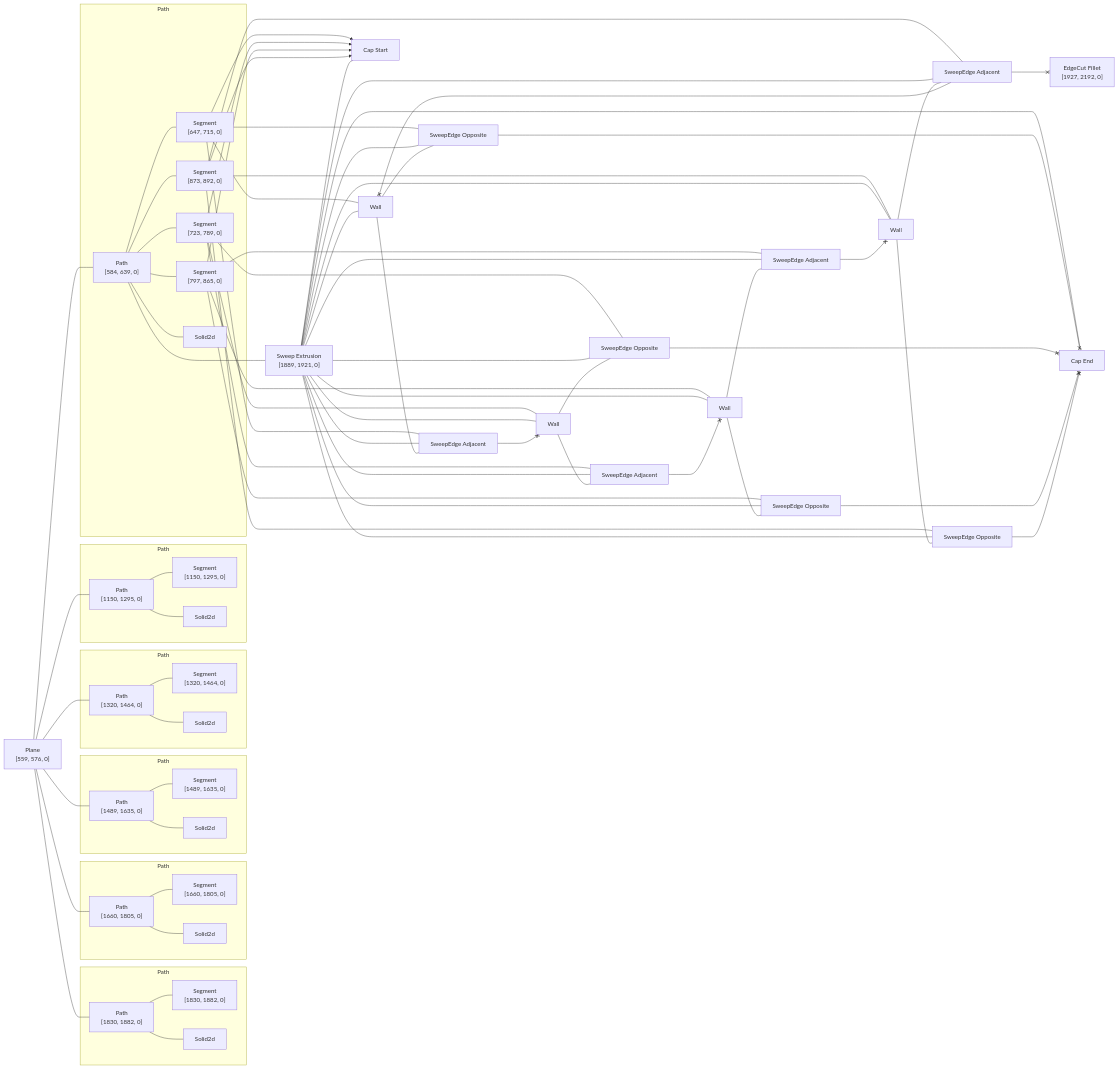
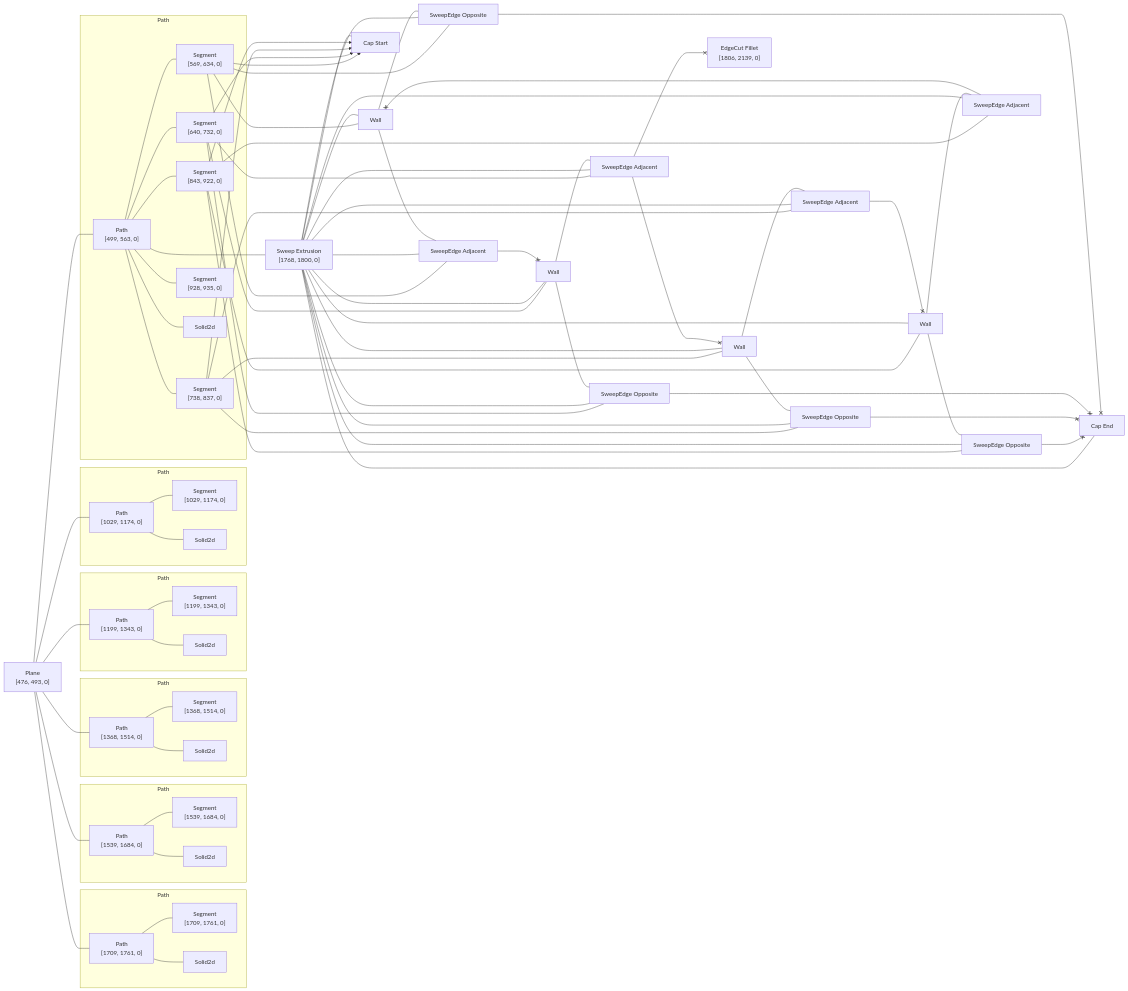
The diagram in rust/kcl-lib/tests/kcl_samples/mounting-plate/artifact_graph_flowchart.snap.md (KittyCAD/modeling-app), drawn with Mermaid before and after one commit. The commit also changed 14 other files, not shown here.

````diff
--- a/rust/kcl-lib/tests/kcl_samples/mounting-plate/artifact_graph_flowchart.snap.md
+++ b/rust/kcl-lib/tests/kcl_samples/mounting-plate/artifact_graph_flowchart.snap.md
@@ -1,78 +1,80 @@
 ```mermaid
 flowchart LR
   subgraph path2 [Path]
-    2["Path<br>[584, 639, 0]"]
-      %% [ProgramBodyItem { index: 5 }, VariableDeclarationDeclaration, VariableDeclarationInit, FunctionExpressionBody, FunctionExpressionBodyItem { index: 0 }, VariableDeclarationDeclaration, VariableDeclarationInit, PipeBodyItem { index: 1 }]
-    8["Segment<br>[647, 715, 0]"]
-      %% [ProgramBodyItem { index: 5 }, VariableDeclarationDeclaration, VariableDeclarationInit, FunctionExpressionBody, FunctionExpressionBodyItem { index: 0 }, VariableDeclarationDeclaration, VariableDeclarationInit, PipeBodyItem { index: 2 }]
-    9["Segment<br>[723, 789, 0]"]
-      %% [ProgramBodyItem { index: 5 }, VariableDeclarationDeclaration, VariableDeclarationInit, FunctionExpressionBody, FunctionExpressionBodyItem { index: 0 }, VariableDeclarationDeclaration, VariableDeclarationInit, PipeBodyItem { index: 3 }]
-    10["Segment<br>[797, 865, 0]"]
-      %% [ProgramBodyItem { index: 5 }, VariableDeclarationDeclaration, VariableDeclarationInit, FunctionExpressionBody, FunctionExpressionBodyItem { index: 0 }, VariableDeclarationDeclaration, VariableDeclarationInit, PipeBodyItem { index: 4 }]
-    11["Segment<br>[873, 892, 0]"]
-      %% [ProgramBodyItem { index: 5 }, VariableDeclarationDeclaration, VariableDeclarationInit, FunctionExpressionBody, FunctionExpressionBodyItem { index: 0 }, VariableDeclarationDeclaration, VariableDeclarationInit, PipeBodyItem { index: 5 }]
+    2["Path<br>[499, 563, 0]"]
+      %% [ProgramBodyItem { index: 8 }, VariableDeclarationDeclaration, VariableDeclarationInit, PipeBodyItem { index: 0 }]
+    8["Segment<br>[569, 634, 0]"]
+      %% [ProgramBodyItem { index: 8 }, VariableDeclarationDeclaration, VariableDeclarationInit, PipeBodyItem { index: 1 }]
+    9["Segment<br>[640, 732, 0]"]
+      %% [ProgramBodyItem { index: 8 }, VariableDeclarationDeclaration, VariableDeclarationInit, PipeBodyItem { index: 2 }]
+    10["Segment<br>[738, 837, 0]"]
+      %% [ProgramBodyItem { index: 8 }, VariableDeclarationDeclaration, VariableDeclarationInit, PipeBodyItem { index: 3 }]
+    11["Segment<br>[843, 922, 0]"]
+      %% [ProgramBodyItem { index: 8 }, VariableDeclarationDeclaration, VariableDeclarationInit, PipeBodyItem { index: 4 }]
+    12["Segment<br>[928, 935, 0]"]
+      %% [ProgramBodyItem { index: 8 }, VariableDeclarationDeclaration, VariableDeclarationInit, PipeBodyItem { index: 5 }]
+    19[Solid2d]
+  end
+  subgraph path3 [Path]
+    3["Path<br>[1029, 1174, 0]"]
+      %% [ProgramBodyItem { index: 9 }, VariableDeclarationDeclaration, VariableDeclarationInit, PipeBodyItem { index: 1 }, CallKwArg { index: 0 }]
+    13["Segment<br>[1029, 1174, 0]"]
+      %% [ProgramBodyItem { index: 9 }, VariableDeclarationDeclaration, VariableDeclarationInit, PipeBodyItem { index: 1 }, CallKwArg { index: 0 }]
+    23[Solid2d]
+  end
+  subgraph path4 [Path]
+    4["Path<br>[1199, 1343, 0]"]
+      %% [ProgramBodyItem { index: 9 }, VariableDeclarationDeclaration, VariableDeclarationInit, PipeBodyItem { index: 2 }, CallKwArg { index: 0 }]
+    14["Segment<br>[1199, 1343, 0]"]
+      %% [ProgramBodyItem { index: 9 }, VariableDeclarationDeclaration, VariableDeclarationInit, PipeBodyItem { index: 2 }, CallKwArg { index: 0 }]
+    18[Solid2d]
+  end
+  subgraph path5 [Path]
+    5["Path<br>[1368, 1514, 0]"]
+      %% [ProgramBodyItem { index: 9 }, VariableDeclarationDeclaration, VariableDeclarationInit, PipeBodyItem { index: 3 }, CallKwArg { index: 0 }]
+    15["Segment<br>[1368, 1514, 0]"]
+      %% [ProgramBodyItem { index: 9 }, VariableDeclarationDeclaration, VariableDeclarationInit, PipeBodyItem { index: 3 }, CallKwArg { index: 0 }]
     20[Solid2d]
   end
-  subgraph path3 [Path]
-    3["Path<br>[1150, 1295, 0]"]
-      %% [ProgramBodyItem { index: 9 }, VariableDeclarationDeclaration, VariableDeclarationInit, PipeBodyItem { index: 1 }, CallKwArg { index: 0 }]
-    12["Segment<br>[1150, 1295, 0]"]
-      %% [ProgramBodyItem { index: 9 }, VariableDeclarationDeclaration, VariableDeclarationInit, PipeBodyItem { index: 1 }, CallKwArg { index: 0 }]
-    19[Solid2d]
-  end
-  subgraph path4 [Path]
-    4["Path<br>[1320, 1464, 0]"]
-      %% [ProgramBodyItem { index: 9 }, VariableDeclarationDeclaration, VariableDeclarationInit, PipeBodyItem { index: 2 }, CallKwArg { index: 0 }]
-    13["Segment<br>[1320, 1464, 0]"]
-      %% [ProgramBodyItem { index: 9 }, VariableDeclarationDeclaration, VariableDeclarationInit, PipeBodyItem { index: 2 }, CallKwArg { index: 0 }]
+  subgraph path6 [Path]
+    6["Path<br>[1539, 1684, 0]"]
+      %% [ProgramBodyItem { index: 9 }, VariableDeclarationDeclaration, VariableDeclarationInit, PipeBodyItem { index: 4 }, CallKwArg { index: 0 }]
+    16["Segment<br>[1539, 1684, 0]"]
+      %% [ProgramBodyItem { index: 9 }, VariableDeclarationDeclaration, VariableDeclarationInit, PipeBodyItem { index: 4 }, CallKwArg { index: 0 }]
     22[Solid2d]
   end
-  subgraph path5 [Path]
-    5["Path<br>[1489, 1635, 0]"]
-      %% [ProgramBodyItem { index: 9 }, VariableDeclarationDeclaration, VariableDeclarationInit, PipeBodyItem { index: 3 }, CallKwArg { index: 0 }]
-    14["Segment<br>[1489, 1635, 0]"]
-      %% [ProgramBodyItem { index: 9 }, VariableDeclarationDeclaration, VariableDeclarationInit, PipeBodyItem { index: 3 }, CallKwArg { index: 0 }]
+  subgraph path7 [Path]
+    7["Path<br>[1709, 1761, 0]"]
+      %% [ProgramBodyItem { index: 9 }, VariableDeclarationDeclaration, VariableDeclarationInit, PipeBodyItem { index: 5 }, CallKwArg { index: 0 }]
+    17["Segment<br>[1709, 1761, 0]"]
+      %% [ProgramBodyItem { index: 9 }, VariableDeclarationDeclaration, VariableDeclarationInit, PipeBodyItem { index: 5 }, CallKwArg { index: 0 }]
     21[Solid2d]
   end
-  subgraph path6 [Path]
-    6["Path<br>[1660, 1805, 0]"]
-      %% [ProgramBodyItem { index: 9 }, VariableDeclarationDeclaration, VariableDeclarationInit, PipeBodyItem { index: 4 }, CallKwArg { index: 0 }]
-    15["Segment<br>[1660, 1805, 0]"]
-      %% [ProgramBodyItem { index: 9 }, VariableDeclarationDeclaration, VariableDeclarationInit, PipeBodyItem { index: 4 }, CallKwArg { index: 0 }]
-    17[Solid2d]
-  end
-  subgraph path7 [Path]
-    7["Path<br>[1830, 1882, 0]"]
-      %% [ProgramBodyItem { index: 9 }, VariableDeclarationDeclaration, VariableDeclarationInit, PipeBodyItem { index: 5 }, CallKwArg { index: 0 }]
-    16["Segment<br>[1830, 1882, 0]"]
-      %% [ProgramBodyItem { index: 9 }, VariableDeclarationDeclaration, VariableDeclarationInit, PipeBodyItem { index: 5 }, CallKwArg { index: 0 }]
-    18[Solid2d]
-  end
-  1["Plane<br>[559, 576, 0]"]
-    %% [ProgramBodyItem { index: 5 }, VariableDeclarationDeclaration, VariableDeclarationInit, FunctionExpressionBody, FunctionExpressionBodyItem { index: 0 }, VariableDeclarationDeclaration, VariableDeclarationInit, PipeBodyItem { index: 0 }]
-  23["Sweep Extrusion<br>[1889, 1921, 0]"]
+  1["Plane<br>[476, 493, 0]"]
+    %% [ProgramBodyItem { index: 7 }, VariableDeclarationDeclaration, VariableDeclarationInit]
+  24["Sweep Extrusion<br>[1768, 1800, 0]"]
     %% [ProgramBodyItem { index: 9 }, VariableDeclarationDeclaration, VariableDeclarationInit, PipeBodyItem { index: 6 }]
-  24[Wall]
-    %% face_code_ref=Missing NodePath
   25[Wall]
     %% face_code_ref=Missing NodePath
   26[Wall]
     %% face_code_ref=Missing NodePath
   27[Wall]
     %% face_code_ref=Missing NodePath
-  28["Cap Start"]
+  28[Wall]
     %% face_code_ref=Missing NodePath
-  29["Cap End"]
+  29["Cap Start"]
     %% face_code_ref=Missing NodePath
-  30["SweepEdge Opposite"]
+  30["Cap End"]
+    %% face_code_ref=Missing NodePath
   31["SweepEdge Opposite"]
   32["SweepEdge Opposite"]
   33["SweepEdge Opposite"]
-  34["SweepEdge Adjacent"]
+  34["SweepEdge Opposite"]
   35["SweepEdge Adjacent"]
   36["SweepEdge Adjacent"]
   37["SweepEdge Adjacent"]
-  38["EdgeCut Fillet<br>[1927, 2192, 0]"]
+  38["SweepEdge Adjacent"]
+  39["EdgeCut Fillet<br>[1806, 2139, 0]"]
     %% [ProgramBodyItem { index: 9 }, VariableDeclarationDeclaration, VariableDeclarationInit, PipeBodyItem { index: 7 }]
   1 --- 2
   1 --- 3
@@ -84,63 +86,64 @@
   2 --- 9
   2 --- 10
   2 --- 11
-  2 --- 20
-  2 ---- 23
-  3 --- 12
-  3 --- 19
-  4 --- 13
-  4 --- 22
-  5 --- 14
-  5 --- 21
-  6 --- 15
-  6 --- 17
-  7 --- 16
-  7 --- 18
-  8 --- 27
-  8 x--> 28
-  8 --- 30
+  2 --- 12
+  2 --- 19
+  2 ---- 24
+  3 --- 13
+  3 --- 23
+  4 --- 14
+  4 --- 18
+  5 --- 15
+  5 --- 20
+  6 --- 16
+  6 --- 22
+  7 --- 17
+  7 --- 21
+  8 --- 28
+  8 x--> 29
   8 --- 34
-  9 --- 25
-  9 x--> 28
-  9 --- 31
-  9 --- 35
-  10 --- 24
-  10 x--> 28
+  8 --- 38
+  9 --- 26
+  9 x--> 29
+  9 --- 33
+  9 --- 37
+  10 --- 25
+  10 x--> 29
   10 --- 32
   10 --- 36
-  11 --- 26
-  11 x--> 28
-  11 --- 33
-  11 --- 37
-  23 --- 24
-  23 --- 25
-  23 --- 26
-  23 --- 27
-  23 --- 28
-  23 --- 29
-  23 --- 30
-  23 --- 31
-  23 --- 32
-  23 --- 33
-  23 --- 34
-  23 --- 35
-  23 --- 36
-  23 --- 37
+  11 --- 27
+  11 x--> 29
+  11 --- 31
+  11 --- 35
+  24 --- 25
+  24 --- 26
+  24 --- 27
+  24 --- 28
+  24 --- 29
+  24 --- 30
+  24 --- 31
   24 --- 32
-  35 <--x 24
+  24 --- 33
+  24 --- 34
+  24 --- 35
   24 --- 36
-  25 --- 31
-  34 <--x 25
-  25 --- 35
+  24 --- 37
+  24 --- 38
+  25 --- 32
+  25 --- 36
+  37 <--x 25
   26 --- 33
-  36 <--x 26
   26 --- 37
-  27 --- 30
-  27 --- 34
-  37 <--x 27
-  30 <--x 29
-  31 <--x 29
-  32 <--x 29
-  33 <--x 29
-  37 <--x 38
+  38 <--x 26
+  27 --- 31
+  27 --- 35
+  36 <--x 27
+  28 --- 34
+  35 <--x 28
+  28 --- 38
+  31 <--x 30
+  32 <--x 30
+  33 <--x 30
+  34 <--x 30
+  37 <--x 39
 ```
````
